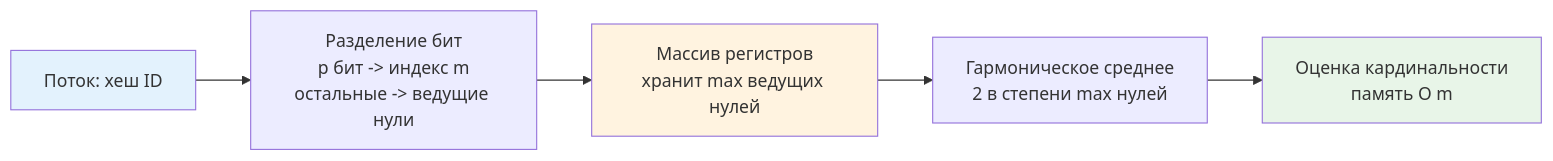
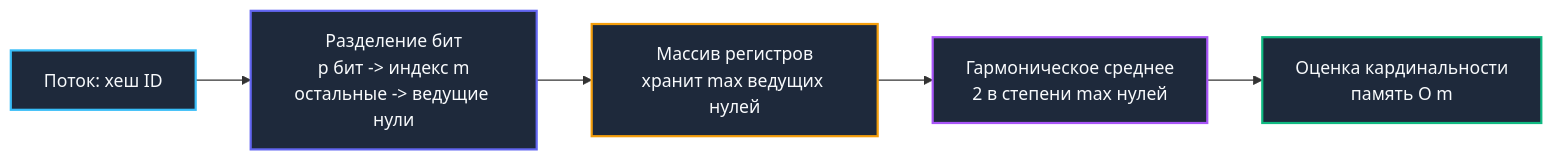
Before and after one commit to UnrealTemplier/go-textbook: the diagram in sources/20. Алгоритмы и структуры данных (DSA) на Go/14. Практические паттерны/5. Streaming алгоритмы.md, drawn with Mermaid. The commit also changed other lines of this file, not shown here.

````diff
--- a/sources/20. Алгоритмы и структуры данных (DSA) на Go/14. Практические паттерны/5. Streaming алгоритмы.md
+++ b/sources/20. Алгоритмы и структуры данных (DSA) на Go/14. Практические паттерны/5. Streaming алгоритмы.md
@@ -26,11 +32,13 @@
 ```mermaid
 flowchart LR
-    Stream["Поток: хеш ID"] --> Split["Разделение бит<br>p бит -> индекс m<br>остальные -> ведущие нули"]
-    Split --> Reg["Массив регистров<br>хранит max ведущих нулей"]
-    Reg --> Harmonic["Гармоническое среднее<br>2 в степени max нулей"]
-    Harmonic --> Out["Оценка кардинальности<br>память O m"]
+    Stream["Поток: хеш ID"] --> Split["Разделение бит<br/>p бит -> индекс m<br/>остальные -> ведущие нули"]
+    Split --> Reg["Массив регистров<br/>хранит max ведущих нулей"]
+    Reg --> Harmonic["Гармоническое среднее<br/>2 в степени max нулей"]
+    Harmonic --> Out["Оценка кардинальности<br/>память O m"]
     
-    style Stream fill:#e3f2fd
-    style Reg fill:#fff3e0
-    style Out fill:#e8f5e8
+    style Stream fill:#1e293b,stroke:#38bdf8,stroke-width:2px,color:#f8fafc
+    style Split fill:#1e293b,stroke:#6366f1,stroke-width:2px,color:#f8fafc
+    style Reg fill:#1e293b,stroke:#f59e0b,stroke-width:2px,color:#f8fafc
+    style Harmonic fill:#1e293b,stroke:#a855f7,stroke-width:2px,color:#f8fafc
+    style Out fill:#1e293b,stroke:#10b981,stroke-width:2px,color:#f8fafc
 ```
````
